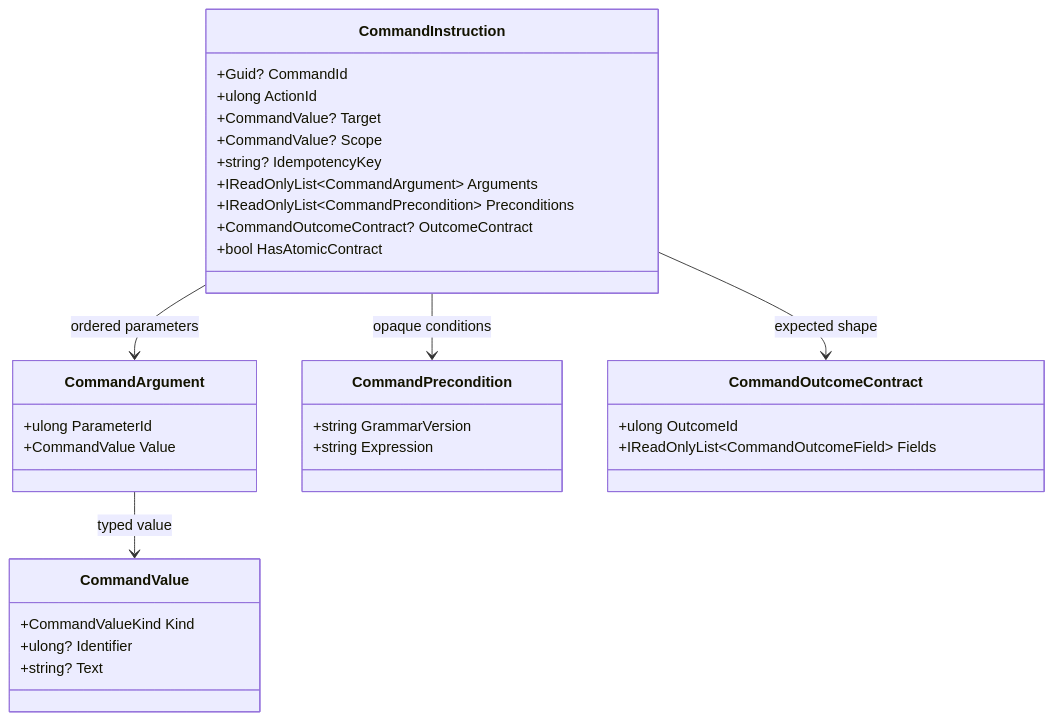
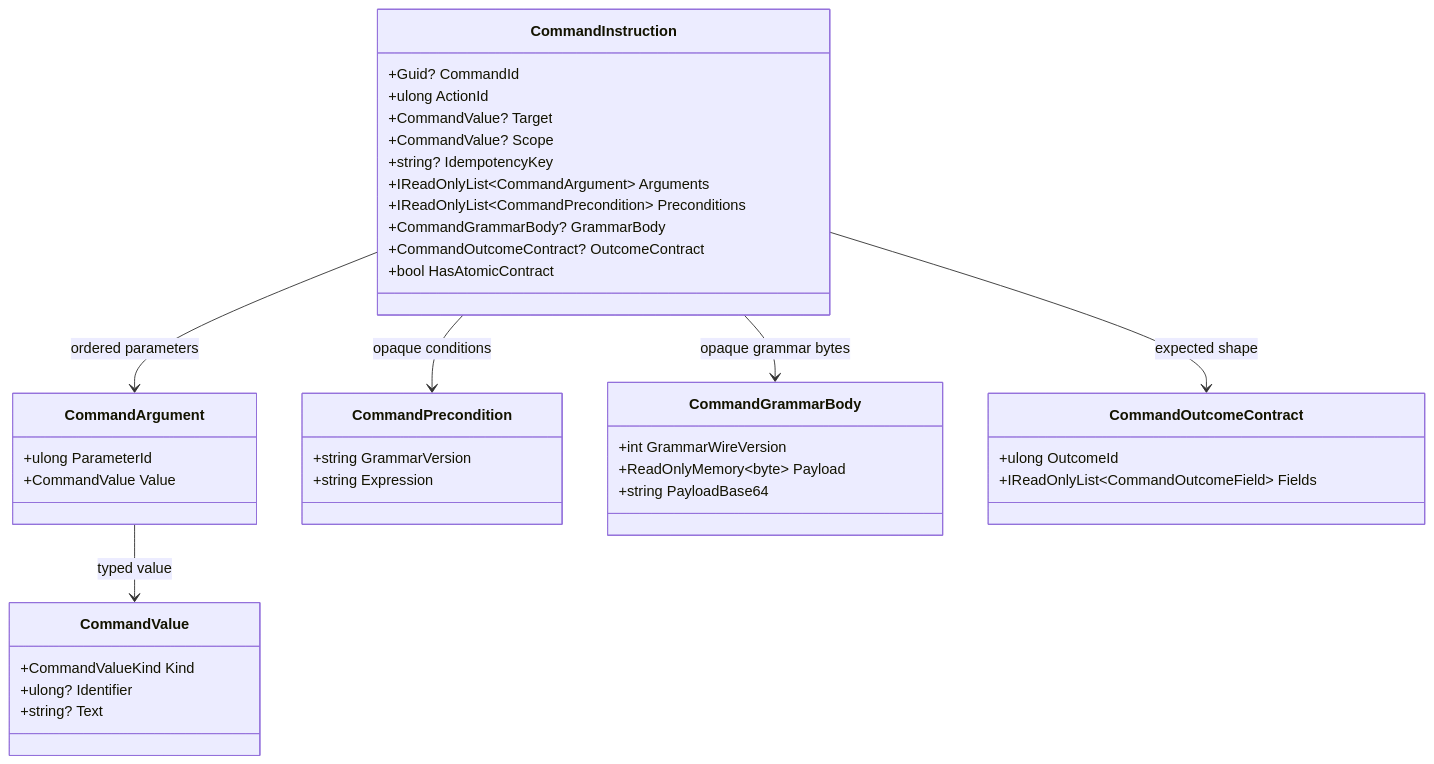
Before and after one commit to TrentBest/TheSingularityWorkshop.CommandAi: the diagram in docs/UML/CommandInstructionUML.md, drawn with Mermaid. The commit also changed other lines of this file, not shown here.

Commit message:
docs: include opaque grammar body in instruction UML

```diff
--- a/docs/UML/CommandInstructionUML.md
+++ b/docs/UML/CommandInstructionUML.md
@@ -6,35 +6,42 @@
 ~~~mermaid
 classDiagram
   class CommandInstruction {
     +Guid? CommandId
     +ulong ActionId
     +CommandValue? Target
     +CommandValue? Scope
     +string? IdempotencyKey
     +IReadOnlyList~CommandArgument~ Arguments
     +IReadOnlyList~CommandPrecondition~ Preconditions
+    +CommandGrammarBody? GrammarBody
     +CommandOutcomeContract? OutcomeContract
     +bool HasAtomicContract
   }
   class CommandArgument {
     +ulong ParameterId
     +CommandValue Value
   }
   class CommandValue {
     +CommandValueKind Kind
     +ulong? Identifier
     +string? Text
   }
   class CommandPrecondition {
     +string GrammarVersion
     +string Expression
   }
+  class CommandGrammarBody {
+    +int GrammarWireVersion
+    +ReadOnlyMemory~byte~ Payload
+    +string PayloadBase64
+  }
   class CommandOutcomeContract {
     +ulong OutcomeId
     +IReadOnlyList~CommandOutcomeField~ Fields
   }
   CommandInstruction --> CommandArgument : ordered parameters
   CommandInstruction --> CommandPrecondition : opaque conditions
+  CommandInstruction --> CommandGrammarBody : opaque grammar bytes
   CommandInstruction --> CommandOutcomeContract : expected shape
   CommandArgument --> CommandValue : typed value
 ~~~
```
